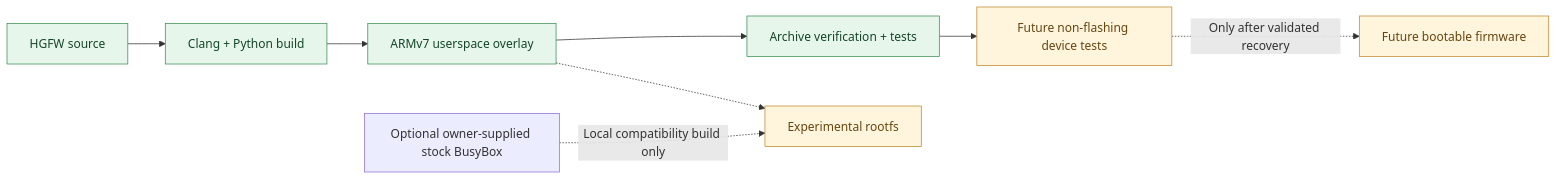
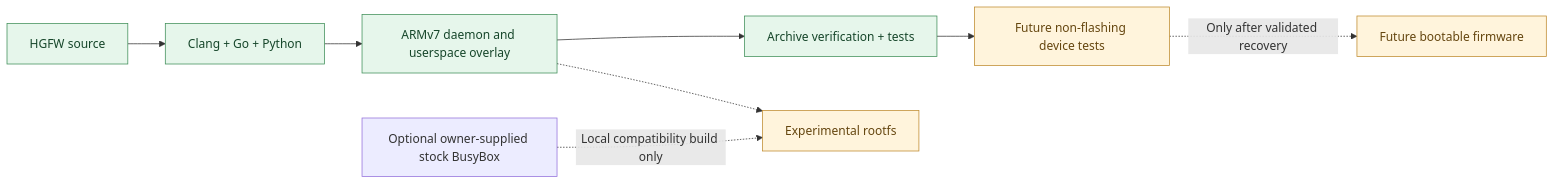
Before and after one commit to Kyne0328/pldt-hd6245d-custom-firmware: the second of 2 diagrams in README.md, drawn with Mermaid. The commit also changed other lines of this file and 23 other files, not shown here.

Commit message:
feat: add ARMv7 HGFW supervisor, device tools and authenticated dashboard

````diff
--- a/README.md
+++ b/README.md
@@ -72,16 +76,16 @@
 ```mermaid
 flowchart LR
-    code["HGFW source"] --> build["Clang + Python build"]
-    build --> overlay["ARMv7 userspace overlay"]
+    code["HGFW source"] --> build["Clang + Go + Python"]
+    build --> overlay["ARMv7 daemon and userspace overlay"]
     overlay --> tests["Archive verification + tests"]
     tests --> future["Future non-flashing device tests"]
     future -. "Only after validated recovery" .-> release["Future bootable firmware"]
 
     stock["Optional owner-supplied stock BusyBox"] -. "Local compatibility build only" .-> compat["Experimental rootfs"]
     overlay -.-> compat
 
     classDef done fill:#e6f6eb,stroke:#3f8e58,color:#16462a;
     classDef future fill:#fff4dc,stroke:#bf8a2e,color:#65460f;
     class code,build,overlay,tests done;
     class future,release,compat future;
 ```
````
